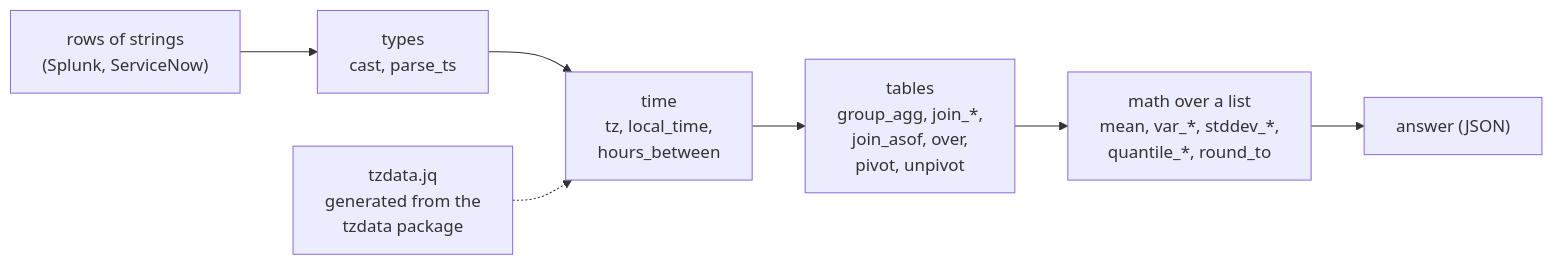
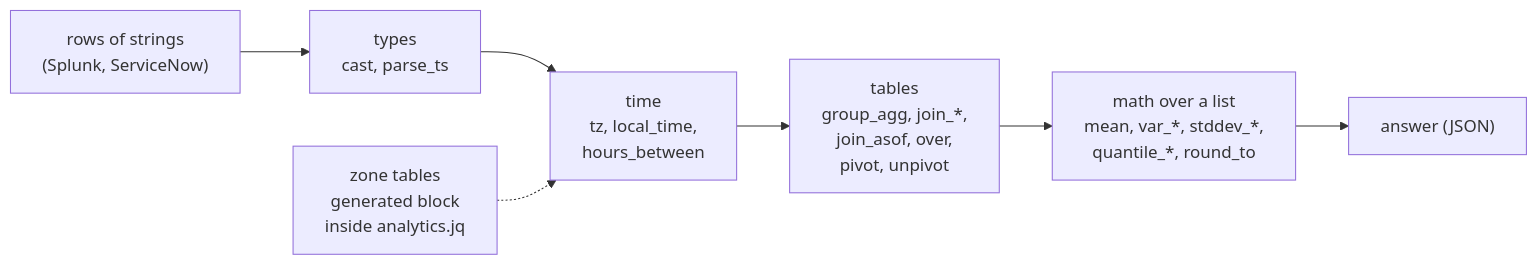
The diagram in README.md (kundeng/jq-analytics), drawn with Mermaid before and after one commit. The commit also changed other lines of this file and 8 other files, not shown here.

````diff
--- a/README.md
+++ b/README.md
@@ -37,9 +37,9 @@
 ```mermaid
 flowchart LR
   A["rows of strings<br/>(Splunk, ServiceNow)"] --> B["types<br/>cast, parse_ts"]
   B --> C["time<br/>tz, local_time,<br/>hours_between"]
   C --> D["tables<br/>group_agg, join_*,<br/>join_asof, over,<br/>pivot, unpivot"]
   D --> E["math over a list<br/>mean, var_*, stddev_*,<br/>quantile_*, round_to"]
   E --> F["answer (JSON)"]
-  T["tzdata.jq<br/>generated from the<br/>tzdata package"] -.-> C
+  T["zone tables<br/>generated block<br/>inside analytics.jq"] -.-> C
 ```
````
